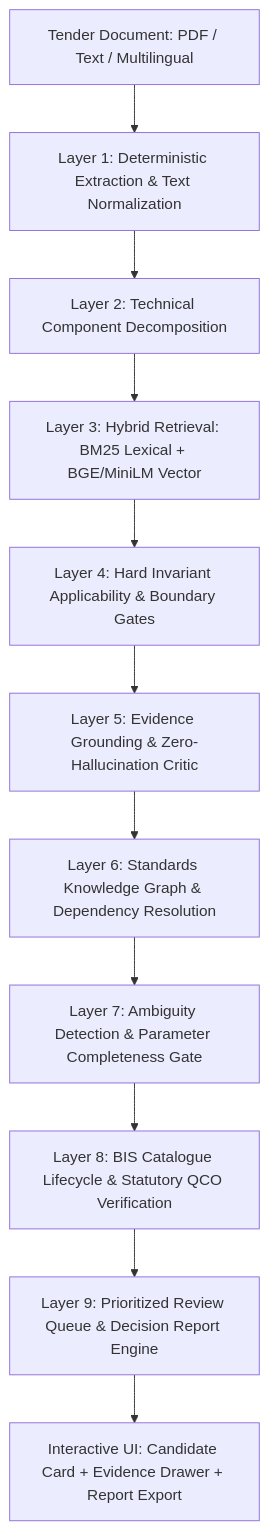
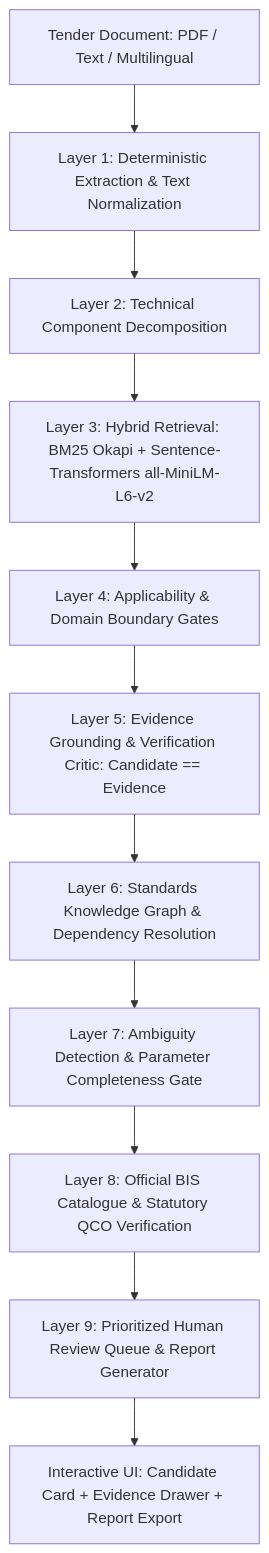
The first of 2 diagrams in docs/SIH_PRESENTATION_DECK.md (syed-imadulla/Tender-saathi), drawn with Mermaid before and after one commit. The commit also changed other lines of this file and 105 other files, not shown here.

````diff
--- a/docs/SIH_PRESENTATION_DECK.md
+++ b/docs/SIH_PRESENTATION_DECK.md
@@ -30,13 +32,13 @@
 ```mermaid
 graph TD
     A[Tender Document: PDF / Text / Multilingual] --> B[Layer 1: Deterministic Extraction & Text Normalization]
     B --> C[Layer 2: Technical Component Decomposition]
-    C --> D[Layer 3: Hybrid Retrieval: BM25 Lexical + BGE/MiniLM Vector]
-    D --> E[Layer 4: Hard Invariant Applicability & Boundary Gates]
-    E --> F[Layer 5: Evidence Grounding & Zero-Hallucination Critic]
+    C --> D[Layer 3: Hybrid Retrieval: BM25 Okapi + Sentence-Transformers all-MiniLM-L6-v2]
+    D --> E[Layer 4: Applicability & Domain Boundary Gates]
+    E --> F[Layer 5: Evidence Grounding & Verification Critic: Candidate == Evidence]
     F --> G[Layer 6: Standards Knowledge Graph & Dependency Resolution]
     G --> H[Layer 7: Ambiguity Detection & Parameter Completeness Gate]
-    H --> I[Layer 8: BIS Catalogue Lifecycle & Statutory QCO Verification]
-    I --> J[Layer 9: Prioritized Review Queue & Decision Report Engine]
+    H --> I[Layer 8: Official BIS Catalogue & Statutory QCO Verification]
+    I --> J[Layer 9: Prioritized Human Review Queue & Report Generator]
     J --> K[Interactive UI: Candidate Card + Evidence Drawer + Report Export]
 ```
````
